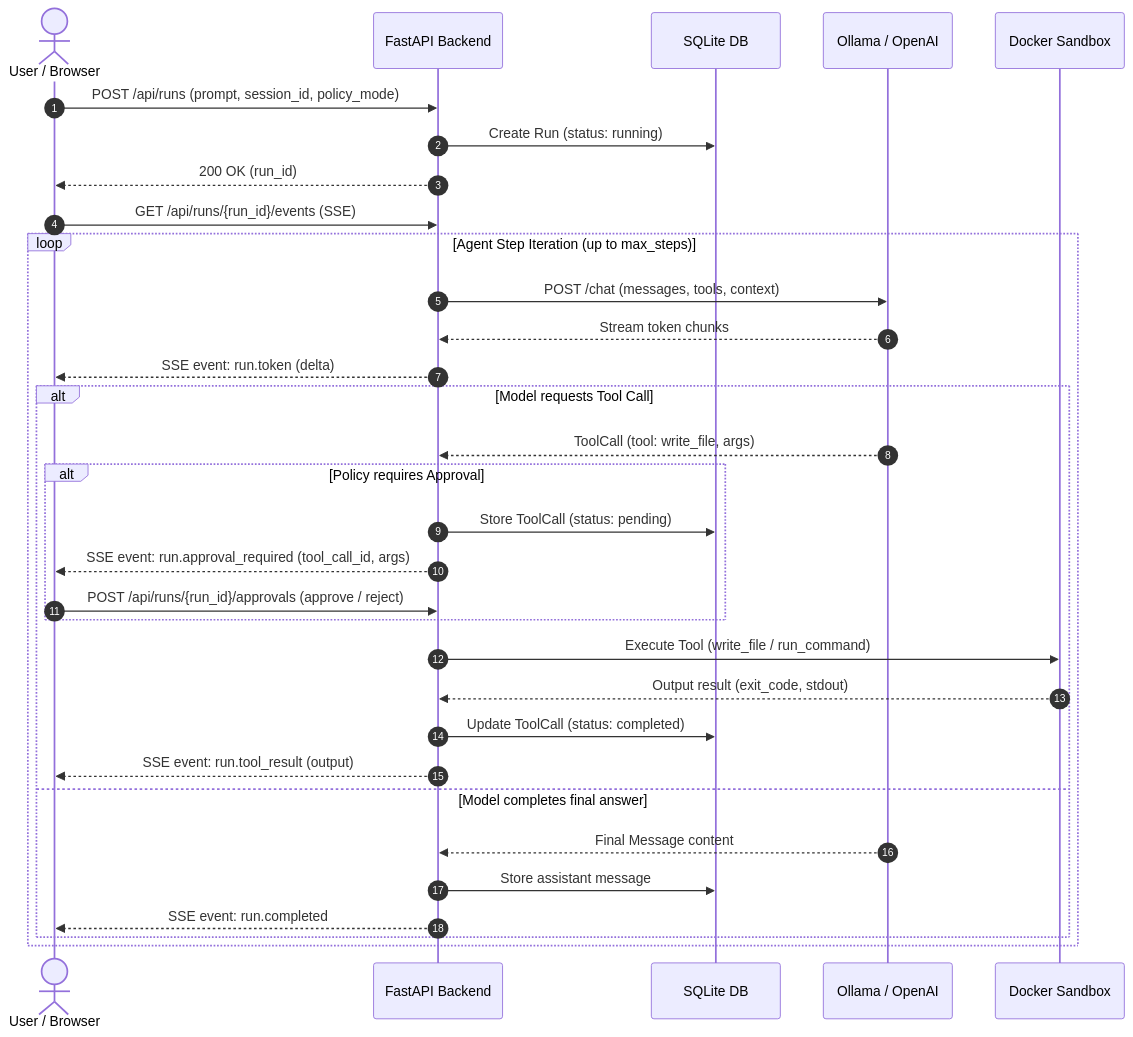
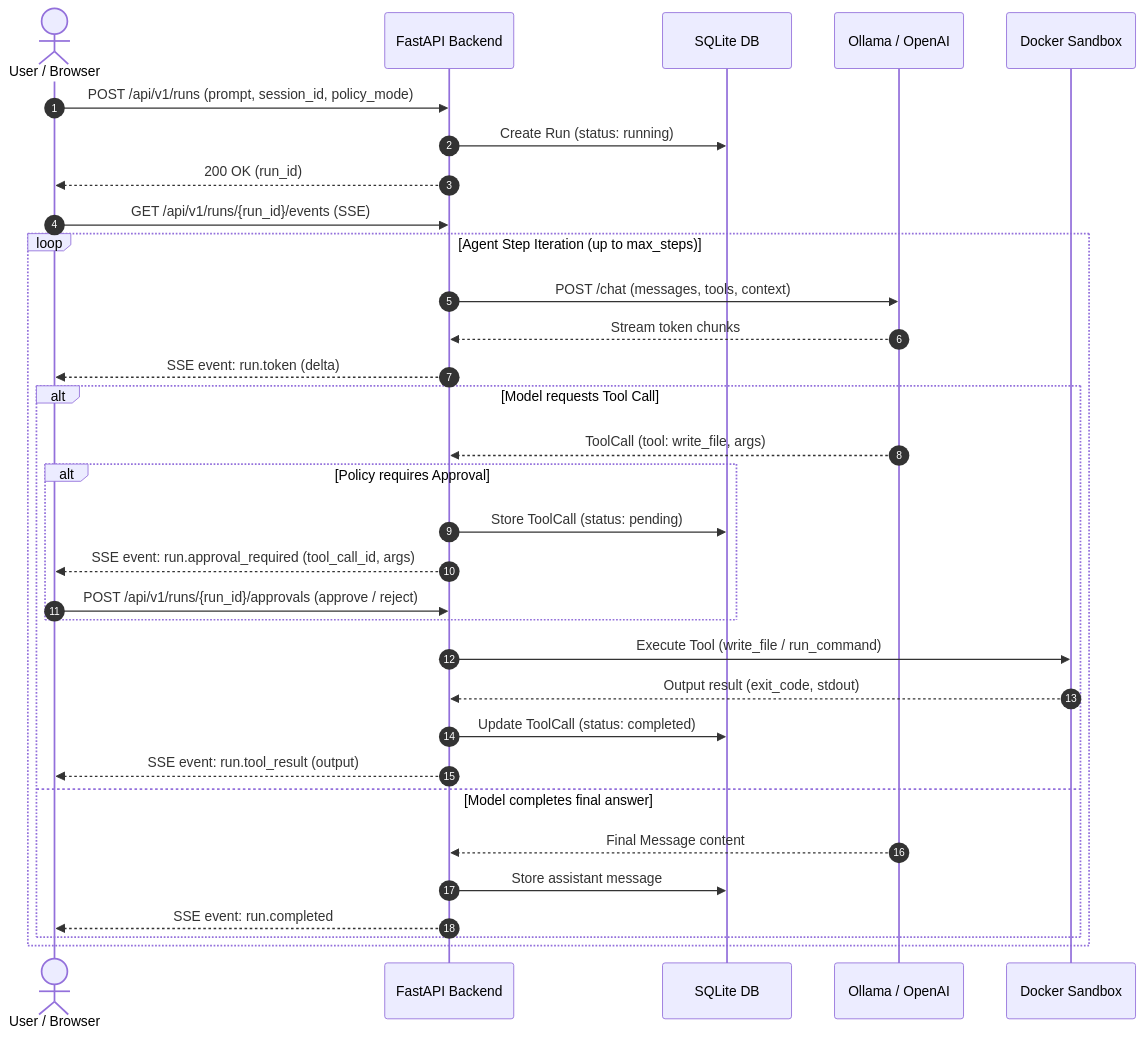
Before and after one commit to Niccher/Chege-Agent: the diagram in docs/architecture/communication.md, drawn with Mermaid. The commit also changed other lines of this file and 72 other files, not shown here.

````diff
--- a/docs/architecture/communication.md
+++ b/docs/architecture/communication.md
@@ -21,40 +21,40 @@
 ```mermaid
 sequenceDiagram
     autonumber
     actor User as User / Browser
     participant API as FastAPI Backend
     participant DB as SQLite DB
     participant LLM as Ollama / OpenAI
     participant Sandbox as Docker Sandbox
 
-    User->>API: POST /api/runs (prompt, session_id, policy_mode)
+    User->>API: POST /api/v1/runs (prompt, session_id, policy_mode)
     API->>DB: Create Run (status: running)
     API-->>User: 200 OK (run_id)
 
-    User->>API: GET /api/runs/{run_id}/events (SSE)
+    User->>API: GET /api/v1/runs/{run_id}/events (SSE)
     
     loop Agent Step Iteration (up to max_steps)
         API->>LLM: POST /chat (messages, tools, context)
         LLM-->>API: Stream token chunks
         API-->>User: SSE event: run.token (delta)
         
         alt Model requests Tool Call
             LLM-->>API: ToolCall (tool: write_file, args)
             
             alt Policy requires Approval
                 API->>DB: Store ToolCall (status: pending)
                 API-->>User: SSE event: run.approval_required (tool_call_id, args)
-                User->>API: POST /api/runs/{run_id}/approvals (approve / reject)
+                User->>API: POST /api/v1/runs/{run_id}/approvals (approve / reject)
             end
             
             API->>Sandbox: Execute Tool (write_file / run_command)
             Sandbox-->>API: Output result (exit_code, stdout)
             API->>DB: Update ToolCall (status: completed)
             API-->>User: SSE event: run.tool_result (output)
         else Model completes final answer
             LLM-->>API: Final Message content
             API->>DB: Store assistant message
             API-->>User: SSE event: run.completed
         end
     end
 ```
````
